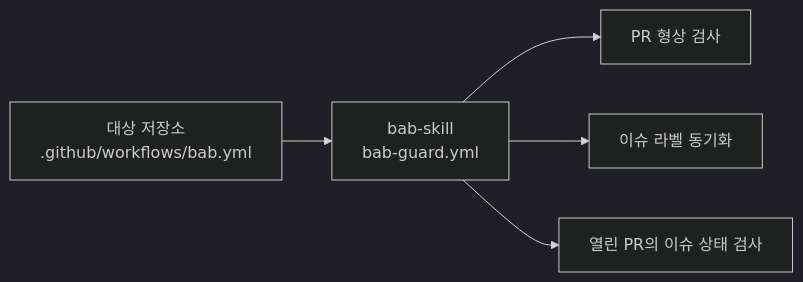
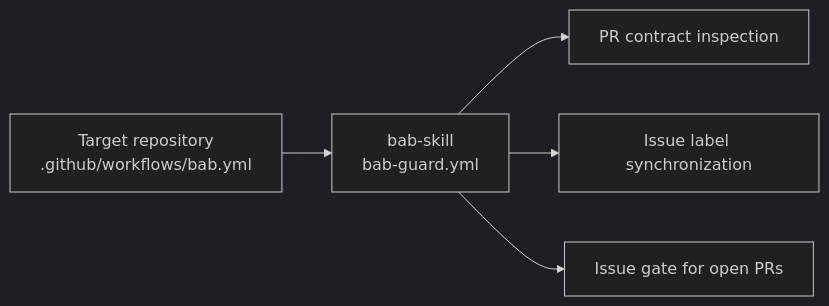
Before and after one commit to freevue/bab-skill: the first of 3 diagrams in docs/guide.md, drawn with Mermaid (dark theme). The commit also changed other lines of this file and 6 other files, not shown here.

````diff
--- a/docs/guide.md
+++ b/docs/guide.md
@@ -549,7 +635,7 @@
 ```mermaid
 flowchart LR
-  A[대상 저장소<br/>.github/workflows/bab.yml] --> B[bab-skill<br/>bab-guard.yml]
-  B --> C[PR 형상 검사]
-  B --> D[이슈 라벨 동기화]
-  B --> E[열린 PR의 이슈 상태 검사]
+  A[Target repository<br/>.github/workflows/bab.yml] --> B[bab-skill<br/>bab-guard.yml]
+  B --> C[PR contract inspection]
+  B --> D[Issue label synchronization]
+  B --> E[Issue gate for open PRs]
 ```
````
